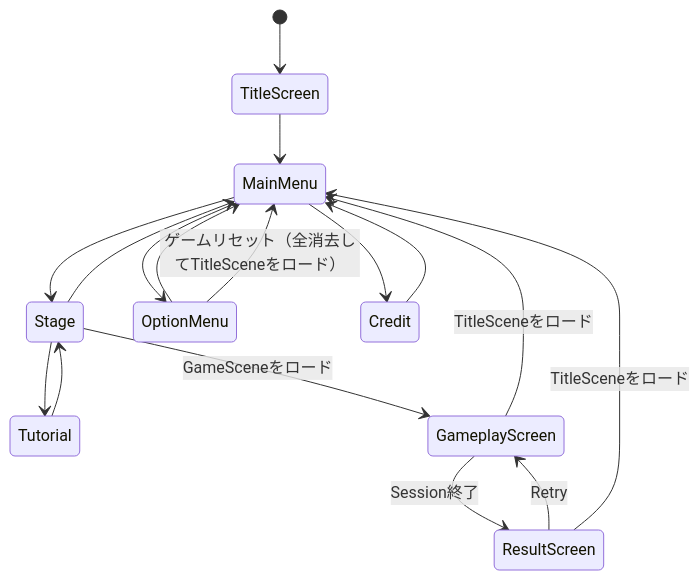
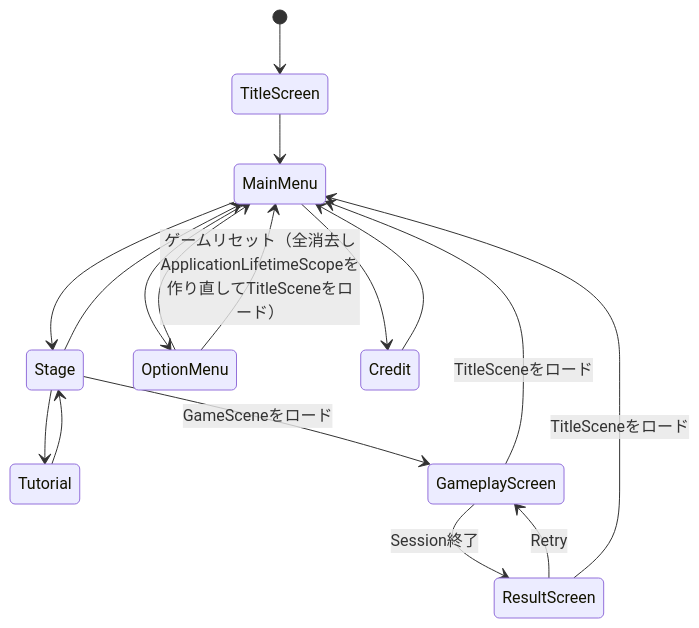
The first of 2 diagrams in docs/architecture/presentation/scene-navigation.md (MicomProcedure/change-change-change), drawn with Mermaid before and after one commit. The commit also changed other lines of this file and 7 other files, not shown here.

````diff
--- a/docs/architecture/presentation/scene-navigation.md
+++ b/docs/architecture/presentation/scene-navigation.md
@@ -28,21 +28,21 @@
 ```mermaid
 stateDiagram-v2
    [*] --> TitleScreen
    TitleScreen --> MainMenu
 
    MainMenu --> Stage
    Stage --> MainMenu
    Stage --> Tutorial
    Tutorial --> Stage
    MainMenu --> OptionMenu
    OptionMenu --> MainMenu
-   OptionMenu --> MainMenu: ゲームリセット（全消去してTitleSceneをロード）
+   OptionMenu --> MainMenu: ゲームリセット（全消去しApplicationLifetimeScopeを作り直してTitleSceneをロード）
    MainMenu --> Credit
    Credit --> MainMenu
 
    Stage --> GameplayScreen: GameSceneをロード
    GameplayScreen --> ResultScreen: Session終了
    GameplayScreen --> MainMenu: TitleSceneをロード
    ResultScreen --> GameplayScreen: Retry
    ResultScreen --> MainMenu: TitleSceneをロード
 ```
````
